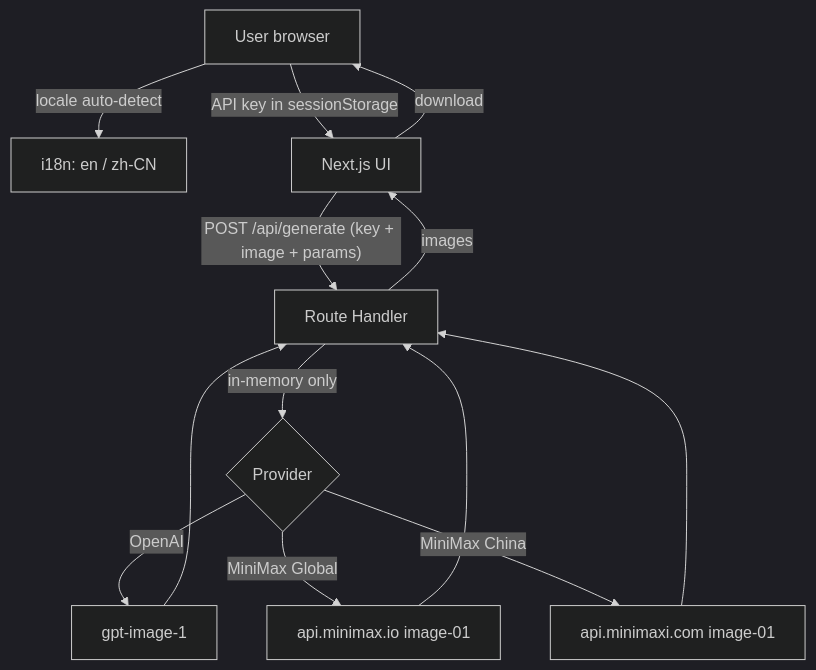
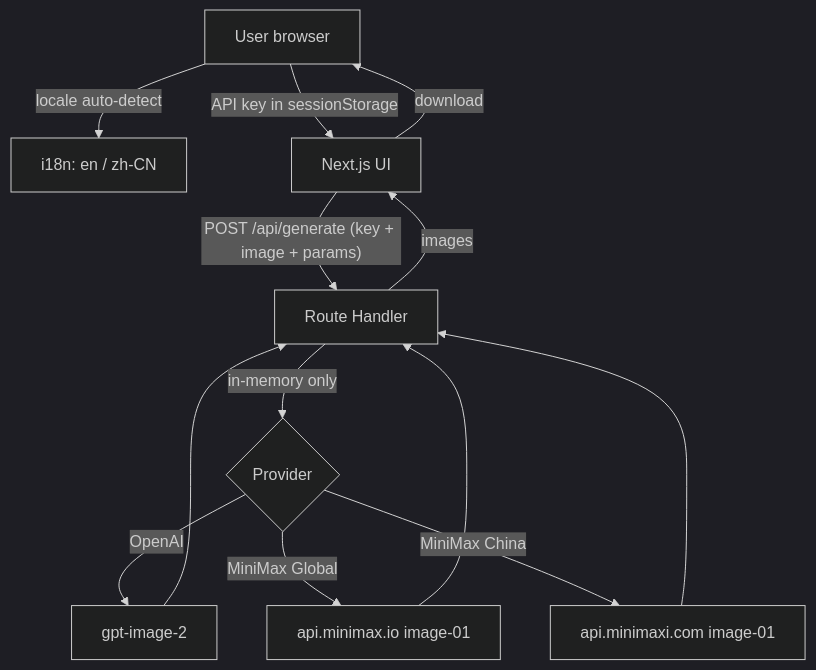
One commit to simi-studio/avatar changed the first of 2 diagrams in docs/architecture.md. Above: the diagram before and after it, drawn with Mermaid (dark theme). The commit also changed other lines of this file and 9 other files, not shown here.

````diff
--- a/docs/architecture.md
+++ b/docs/architecture.md
@@ -15,15 +15,15 @@
 ```mermaid
 flowchart TD
   U[User browser] -->|locale auto-detect| I18N[i18n: en / zh-CN]
   U -->|API key in sessionStorage| FE[Next.js UI]
   FE -->|"POST /api/generate (key + image + params)"| API[Route Handler]
   API -->|in-memory only| PROV{Provider}
-  PROV -->|OpenAI| OAI[gpt-image-1]
+  PROV -->|OpenAI| OAI[gpt-image-2]
   PROV -->|MiniMax Global| MMG[api.minimax.io image-01]
   PROV -->|MiniMax China| MMC[api.minimaxi.com image-01]
   OAI --> API
   MMG --> API
   MMC --> API
   API -->|images| FE
   FE -->|download| U
 ```
````
